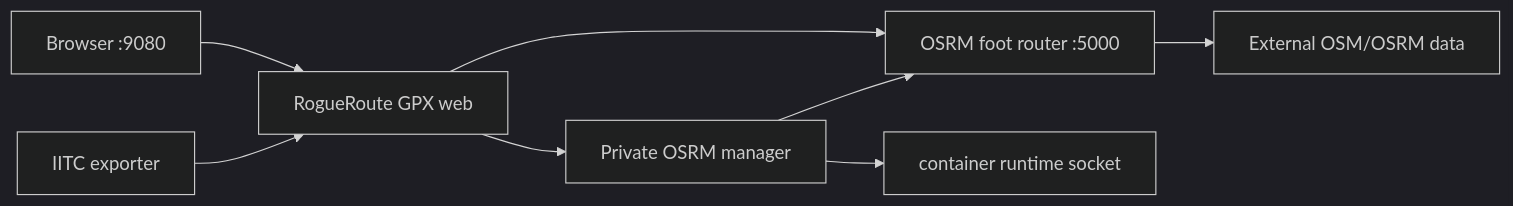
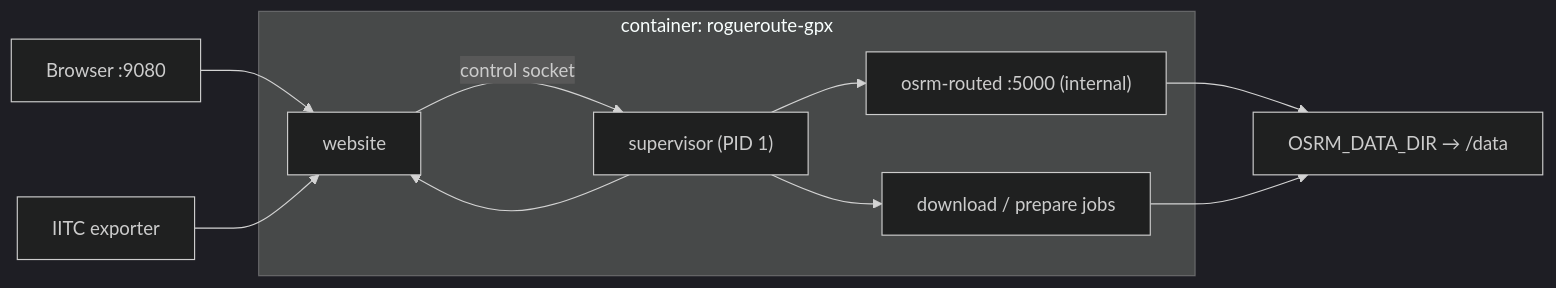
The diagram in README.md (RogueAssassin/RogueRoute-GPX), drawn with Mermaid (dark theme) before and after one commit. The commit also changed other lines of this file and 72 other files, not shown here.

````diff
--- a/README.md
+++ b/README.md
@@ -83,10 +69,13 @@
 ```mermaid
 flowchart LR
-    Browser["Browser :9080"] --> Web["RogueRoute GPX web"]
-    Web --> OSRM["OSRM foot router :5000"]
-    Web --> Manager["Private OSRM manager"]
-    Manager --> Socket["container runtime socket"]
-    Manager --> OSRM
-    OSRM --> Maps["External OSM/OSRM data"]
+    Browser["Browser :9080"] --> Web
     IITC["IITC exporter"] --> Web
+    subgraph container["container: rogueroute-gpx"]
+        Supervisor["supervisor (PID 1)"] --> Web["website"]
+        Supervisor --> OSRM["osrm-routed :5000 (internal)"]
+        Supervisor --> Jobs["download / prepare jobs"]
+        Web -- "control socket" --> Supervisor
+    end
+    OSRM --> Maps["OSRM_DATA_DIR → /data"]
+    Jobs --> Maps
 ```
````
